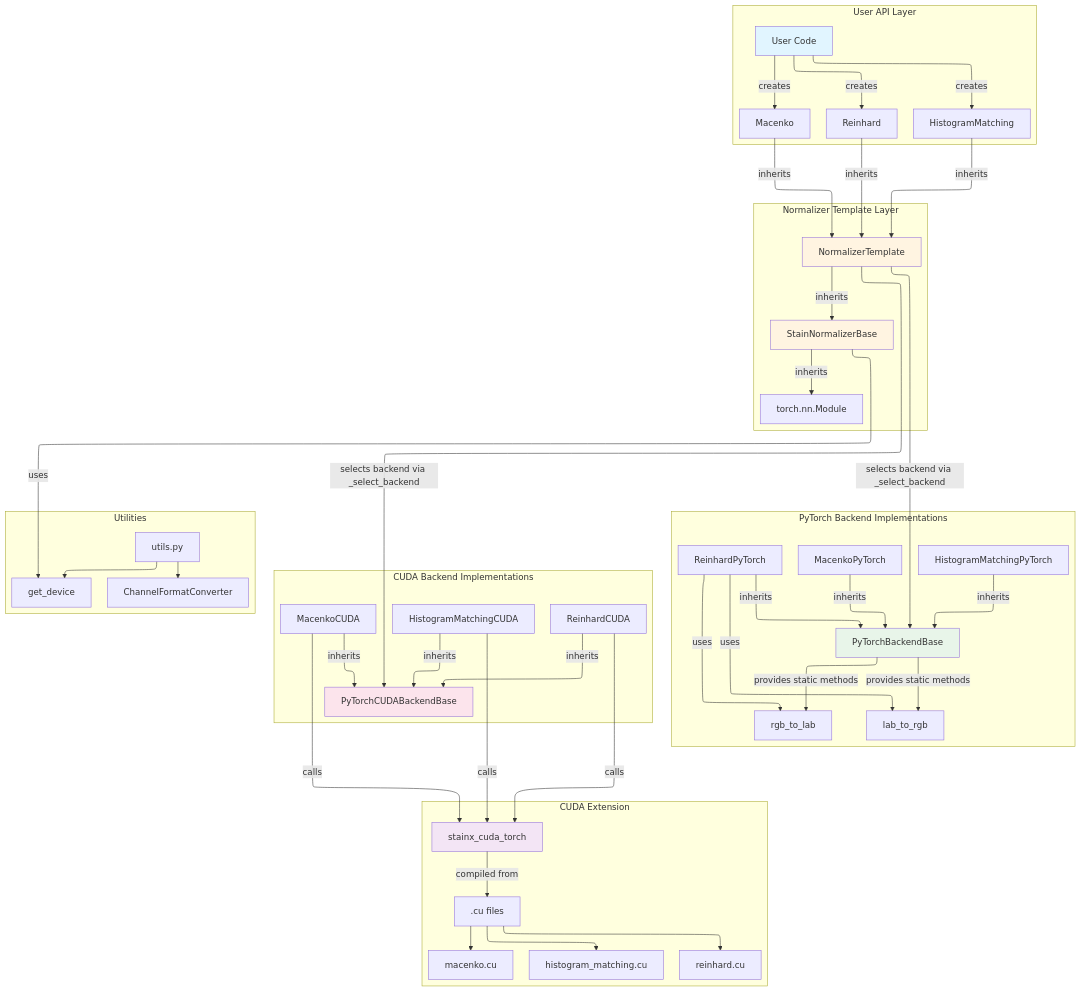
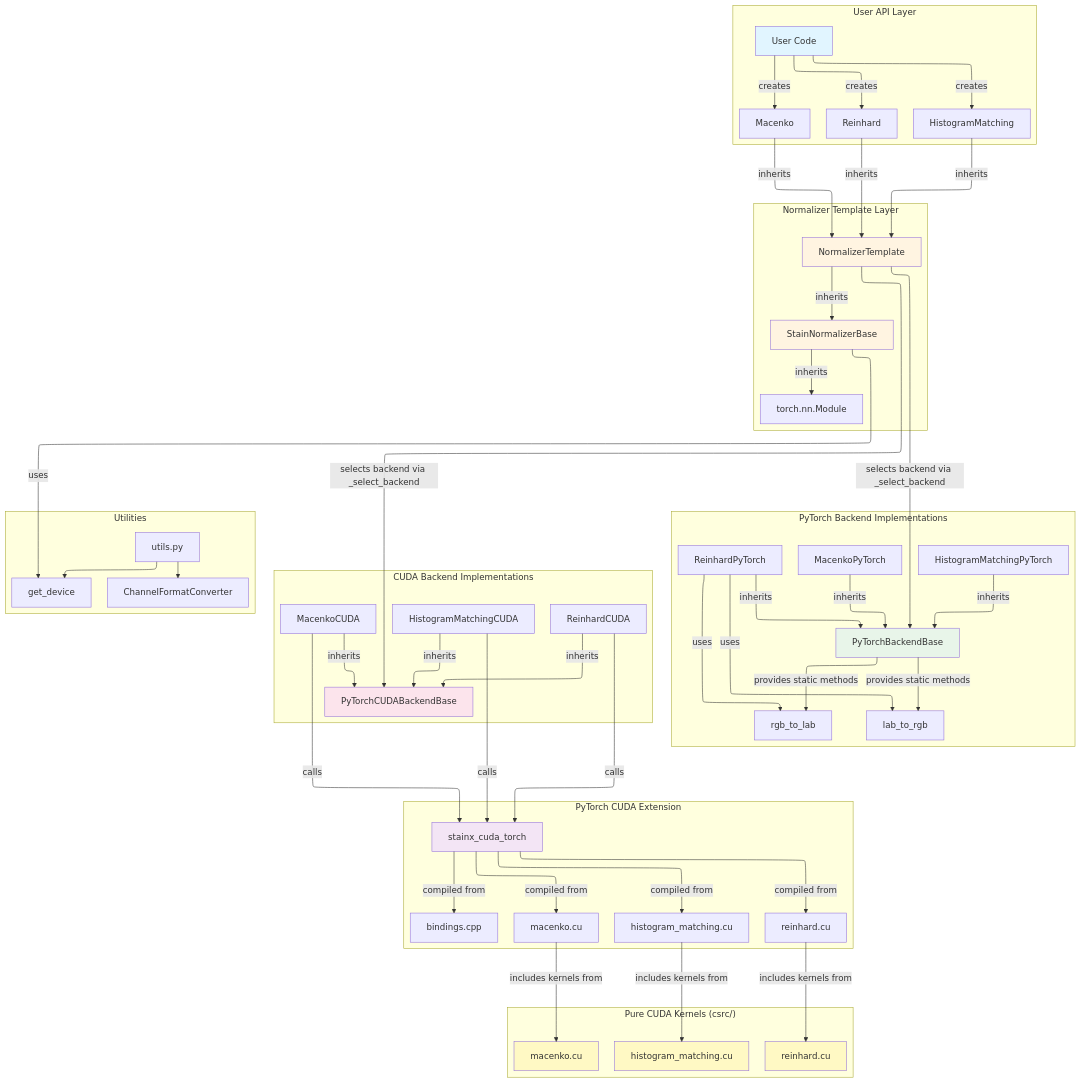
The diagram in CONTRIBUTING.md (rendeirolab/stainx), drawn with Mermaid before and after one commit. The commit also changed other lines of this file, not shown here.

Commit message:
Update CONTRIBUTING.md to clarify CUDA extension structure
- Revised the documentation to reflect the new organization of CUDA components, separating pure CUDA kernels and PyTorch CUDA extensions.
- Enhanced flowchart to illustrate the relationships between pure CUDA kernels and their PyTorch wrappers.
- Updated key components and file structure sections for better clarity on the project's architecture and contribution guidelines.

````diff
--- a/CONTRIBUTING.md
+++ b/CONTRIBUTING.md
@@ -35,12 +35,17 @@
         RECU["ReinhardCUDA"]
         MACU["MacenkoCUDA"]
   end
- subgraph subGraph6["CUDA Extension"]
+ subgraph subGraph6["Pure CUDA Kernels (csrc/)"]
+        HM_PURE["histogram_matching.cu"]
+        RE_PURE["reinhard.cu"]
+        MA_PURE["macenko.cu"]
+  end
+ subgraph subGraph7["PyTorch CUDA Extension"]
         SC["stainx_cuda_torch"]
-        CU[".cu files"]
-        HM_CU["histogram_matching.cu"]
-        RE_CU["reinhard.cu"]
-        MA_CU["macenko.cu"]
+        HM_WRAP["histogram_matching.cu"]
+        RE_WRAP["reinhard.cu"]
+        MA_WRAP["macenko.cu"]
+        BIND["bindings.cpp"]
   end
  subgraph Utilities["Utilities"]
         UTILS["utils.py"]
@@ -64,8 +69,13 @@
     HMCU -- calls --> SC
     RECU -- calls --> SC
     MACU -- calls --> SC
-    SC -- compiled from --> CU
-    CU --> HM_CU & RE_CU & MA_CU
+    SC -- compiled from --> HM_WRAP
+    SC -- compiled from --> RE_WRAP
+    SC -- compiled from --> MA_WRAP
+    SC -- compiled from --> BIND
+    HM_WRAP -- includes kernels from --> HM_PURE
+    RE_WRAP -- includes kernels from --> RE_PURE
+    MA_WRAP -- includes kernels from --> MA_PURE
     UTILS --> GD & CFC
     REPT -- uses --> RGB2LAB & LAB2RGB
     SNB -- uses --> GD
@@ -76,4 +86,7 @@
     style PTBB fill:#e8f5e9
     style CUBB fill:#fce4ec
     style SC fill:#f3e5f5
+    style HM_PURE fill:#fff9c4
+    style RE_PURE fill:#fff9c4
+    style MA_PURE fill:#fff9c4
 ```
````
